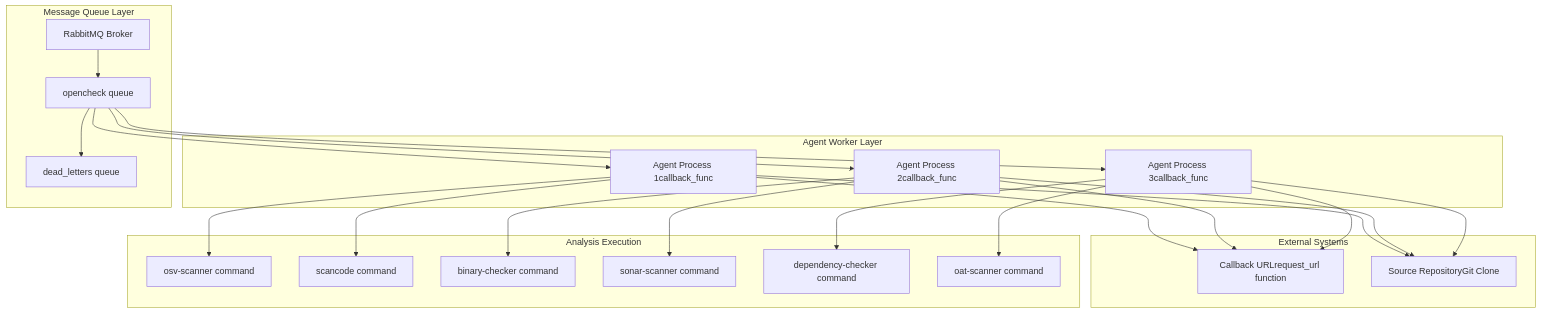
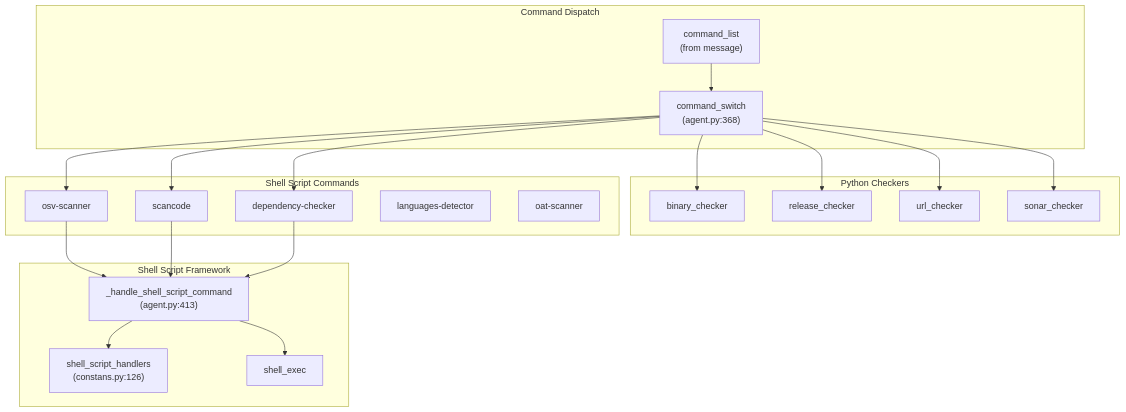
The third of 4 diagrams in docs/wiki/Core-Architecture.md (chenyx2012/openchecker), drawn with Mermaid before and after one commit. The commit also changed other lines of this file and 45 other files, not shown here.

````diff
--- a/docs/wiki/Core-Architecture.md
+++ b/docs/wiki/Core-Architecture.md
@@ -18,61 +137,58 @@
 ```mermaid
 flowchart TD
 
-RMQ["RabbitMQ Broker"]
-OpenCheckQueue["opencheck queue"]
-DeadLetterQueue["dead_letters queue"]
-Agent1["Agent Process 1callback_func"]
-Agent2["Agent Process 2callback_func"]
-Agent3["Agent Process 3callback_func"]
-OSVScanner["osv-scanner command"]
-ScanCode["scancode command"]
-BinaryChecker["binary-checker command"]
-SonarScanner["sonar-scanner command"]
-ORT["dependency-checker command"]
-OAT["oat-scanner command"]
-CallbackURL["Callback URLrequest_url function"]
-SourceRepo["Source RepositoryGit Clone"]
+CommandList["command_list<br>(from message)"]
+CommandSwitch["command_switch<br>(agent.py:368)"]
+OSVScanner["osv-scanner"]
+Scancode["scancode"]
+DependencyChecker["dependency-checker"]
+LanguagesDetector["languages-detector"]
+OATScanner["oat-scanner"]
+BinaryChecker["binary_checker"]
+ReleaseChecker["release_checker"]
+URLChecker["url_checker"]
+SonarChecker["sonar_checker"]
+ShellScriptHandlers["shell_script_handlers<br>(constans.py:126)"]
+HandleShellScript["_handle_shell_script_command<br>(agent.py:413)"]
+ShellExec["shell_exec"]
 
-    OpenCheckQueue --> Agent1
-    OpenCheckQueue --> Agent2
-    OpenCheckQueue --> Agent3
-    Agent1 --> OSVScanner
-    Agent1 --> ScanCode
-    Agent2 --> BinaryChecker
-    Agent2 --> SonarScanner
-    Agent3 --> ORT
-    Agent3 --> OAT
-    Agent1 --> SourceRepo
-    Agent2 --> SourceRepo
-    Agent3 --> SourceRepo
-    Agent1 --> CallbackURL
-    Agent2 --> CallbackURL
-    Agent3 --> CallbackURL
-subgraph External_Systems ["External Systems"]
-    CallbackURL
-    SourceRepo
+CommandSwitch --> OSVScanner
+CommandSwitch --> Scancode
+CommandSwitch --> DependencyChecker
+CommandSwitch --> BinaryChecker
+CommandSwitch --> ReleaseChecker
+CommandSwitch --> URLChecker
+CommandSwitch --> SonarChecker
+OSVScanner --> HandleShellScript
+Scancode --> HandleShellScript
+DependencyChecker --> HandleShellScript
+
+subgraph subGraph3 ["Shell Script Framework"]
+    ShellScriptHandlers
+    HandleShellScript
+    ShellExec
+    HandleShellScript --> ShellScriptHandlers
+    HandleShellScript --> ShellExec
 end
 
-subgraph Analysis_Execution ["Analysis Execution"]
-    OSVScanner
-    ScanCode
+subgraph subGraph2 ["Python Checkers"]
     BinaryChecker
-    SonarScanner
-    ORT
-    OAT
+    ReleaseChecker
+    URLChecker
+    SonarChecker
 end
 
-subgraph Agent_Worker_Layer ["Agent Worker Layer"]
-    Agent1
-    Agent2
-    Agent3
+subgraph subGraph1 ["Shell Script Commands"]
+    OSVScanner
+    Scancode
+    DependencyChecker
+    LanguagesDetector
+    OATScanner
 end
 
-subgraph Message_Queue_Layer ["Message Queue Layer"]
-    RMQ
-    OpenCheckQueue
-    DeadLetterQueue
-    RMQ --> OpenCheckQueue
-    OpenCheckQueue --> DeadLetterQueue
+subgraph subGraph0 ["Command Dispatch"]
+    CommandList
+    CommandSwitch
+    CommandList --> CommandSwitch
 end
 ```
````
